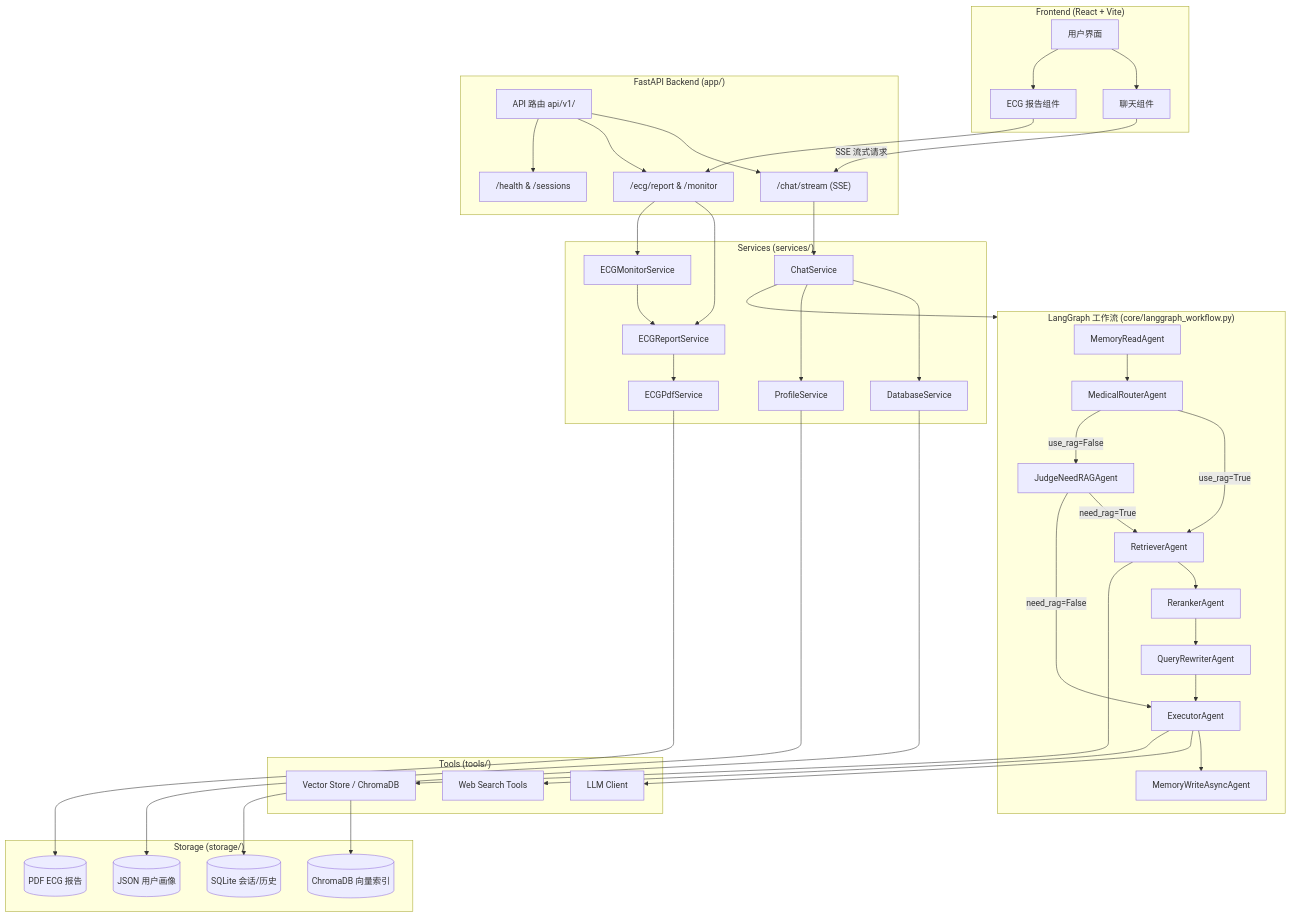
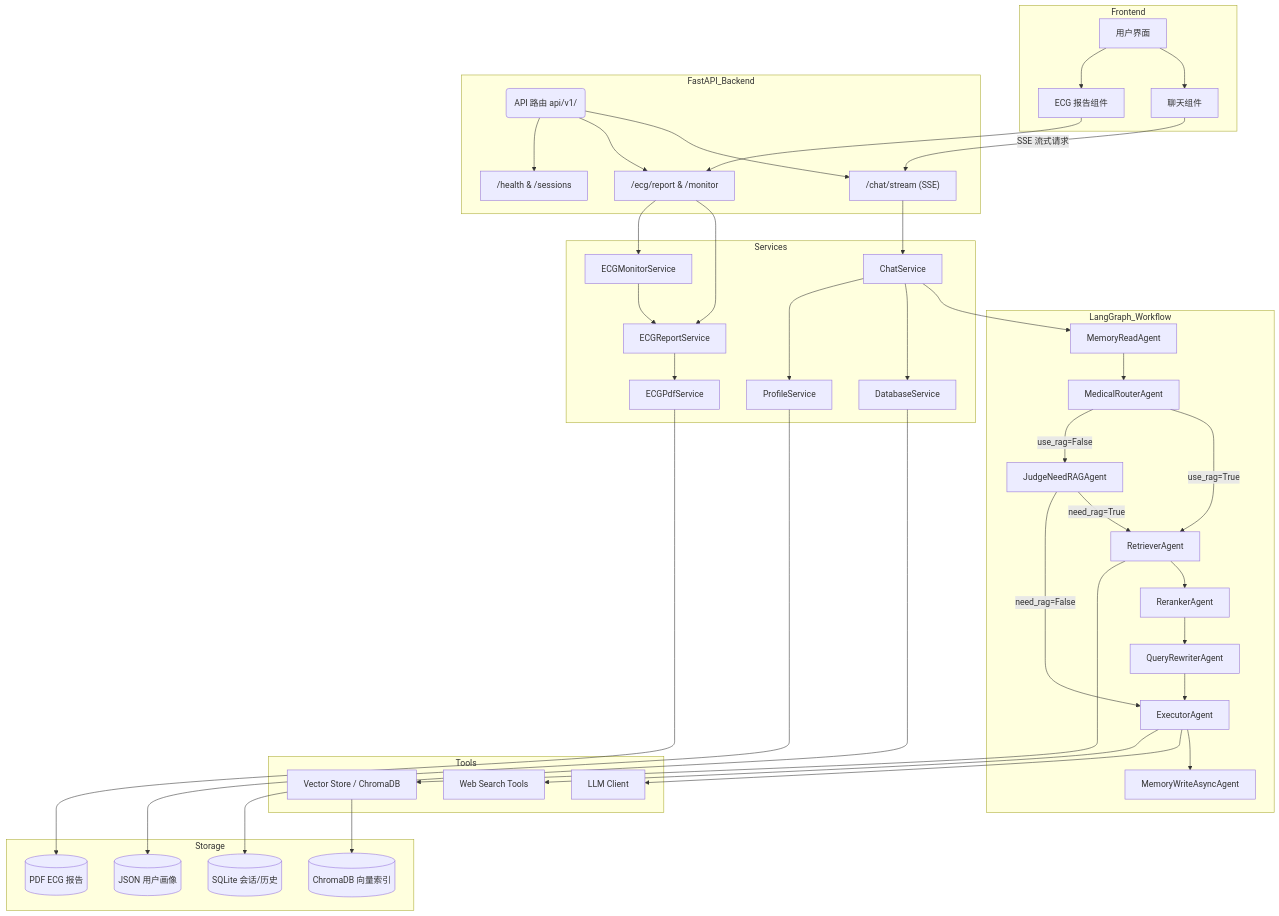
Before and after one commit to PacemakerG/HardWare-Medicial: the diagram in README.md, drawn with Mermaid. The commit also changed other lines of this file, not shown here.

Commit message:
docs: add attribution to original MediGenius source

````diff
--- a/README.md
+++ b/README.md
@@ -77,60 +77,58 @@
 ```mermaid
 graph TD
-    subgraph 前端["Frontend (React + Vite)"]
-        UI[用户界面]
-        Chat[聊天组件]
-        ECG_UI[ECG 报告组件]
+    %% 前端部分
+    subgraph Frontend
+        UI["用户界面"]
+        Chat["聊天组件"]
+        ECG_UI["ECG 报告组件"]
     end
 
-    subgraph API["FastAPI Backend (app/)"]
-        Router[API 路由 api/v1/]
+    %% API 后端部分
+    subgraph FastAPI_Backend
+        Router("API 路由 api/v1/")
         ChatAPI["/chat/stream (SSE)"]
         ECGAPI["/ecg/report & /monitor"]
         HealthAPI["/health & /sessions"]
     end
 
-    subgraph Workflow["LangGraph 工作流 (core/langgraph_workflow.py)"]
-        MemRead[MemoryReadAgent]
-        MedRouter[MedicalRouterAgent]
-        QueryRW[QueryRewriterAgent]
-        Retriever[RetrieverAgent]
-        Reranker[RerankerAgent]
-        JudgeRAG[JudgeNeedRAGAgent]
-        Executor[ExecutorAgent]
-        MemWrite[MemoryWriteAsyncAgent]
-
-        MemRead --> MedRouter
-        MedRouter -->|use_rag=True| Retriever
-        MedRouter -->|use_rag=False| JudgeRAG
-        Retriever --> Reranker
-        Reranker --> QueryRW
-        QueryRW --> Executor
-        JudgeRAG -->|need_rag=True| Retriever
-        JudgeRAG -->|need_rag=False| Executor
-        Executor --> MemWrite
+    %% LangGraph 工作流部分
+    subgraph LangGraph_Workflow
+        MemRead["MemoryReadAgent"]
+        MedRouter["MedicalRouterAgent"]
+        QueryRW["QueryRewriterAgent"]
+        Retriever["RetrieverAgent"]
+        Reranker["RerankerAgent"]
+        JudgeRAG["JudgeNeedRAGAgent"]
+        Executor["ExecutorAgent"]
+        MemWrite["MemoryWriteAsyncAgent"]
     end
 
-    subgraph Services["Services (services/)"]
-        ChatSvc[ChatService]
-        DBSvc[DatabaseService]
-        ProfileSvc[ProfileService]
-        ECGReport[ECGReportService]
-        ECGMonitor[ECGMonitorService]
-        ECGPDF[ECGPdfService]
+    %% 服务部分
+    subgraph Services
+        ChatSvc["ChatService"]
+        DBSvc["DatabaseService"]
+        ProfileSvc["ProfileService"]
+        ECGReport["ECGReportService"]
+        ECGMonitor["ECGMonitorService"]
+        ECGPDF["ECGPdfService"]
     end
 
-    subgraph Tools["Tools (tools/)"]
-        LLM[LLM Client]
-        VecStore[Vector Store / ChromaDB]
-        WebSearch[Web Search Tools]
+    %% 工具部分
+    subgraph Tools
+        LLM["LLM Client"]
+        VecStore["Vector Store / ChromaDB"]
+        WebSearch["Web Search Tools"]
     end
 
-    subgraph Storage["Storage (storage/)"]
-        SQLite[(SQLite 会话/历史)]
-        JSON[(JSON 用户画像)]
-        ChromaDB[(ChromaDB 向量索引)]
-        PDF[(PDF ECG 报告)]
+    %% 存储部分
+    subgraph Storage
+        SQLite[("SQLite 会话/历史")]
+        JSON[("JSON 用户画像")]
+        ChromaDB[("ChromaDB 向量索引")]
+        PDF[("PDF ECG 报告")]
     end
+
+    %% ================= 模块间连接关系 =================
 
     UI --> Chat
     UI --> ECG_UI
@@ -145,16 +143,30 @@
     ECGAPI --> ECGReport
     ECGAPI --> ECGMonitor
 
-    ChatSvc --> Workflow
+    %% 修改：直接指向工作流的入口节点，旧版不支持指向 subgraph
+    ChatSvc --> MemRead
+    
+    ChatSvc --> DBSvc
+    ChatSvc --> ProfileSvc
+    ECGMonitor --> ECGReport
     ECGReport --> ECGPDF
-    ECGMonitor --> ECGReport
 
+    %% 工作流内部逻辑
+    MemRead --> MedRouter
+    MedRouter -->|use_rag=True| Retriever
+    MedRouter -->|use_rag=False| JudgeRAG
+    JudgeRAG -->|need_rag=True| Retriever
+    JudgeRAG -->|need_rag=False| Executor
+    Retriever --> Reranker
+    Reranker --> QueryRW
+    QueryRW --> Executor
+    Executor --> MemWrite
+
+    %% 工具与存储调用
     Executor --> LLM
     Executor --> WebSearch
     Retriever --> VecStore
 
-    ChatSvc --> DBSvc
-    ChatSvc --> ProfileSvc
     DBSvc --> SQLite
     ProfileSvc --> JSON
     VecStore --> ChromaDB
````
